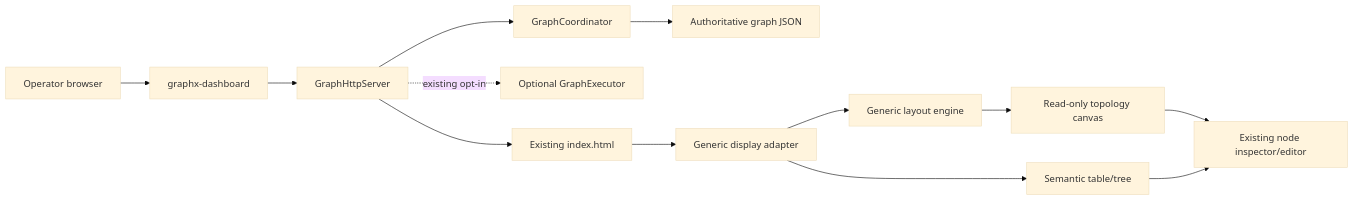
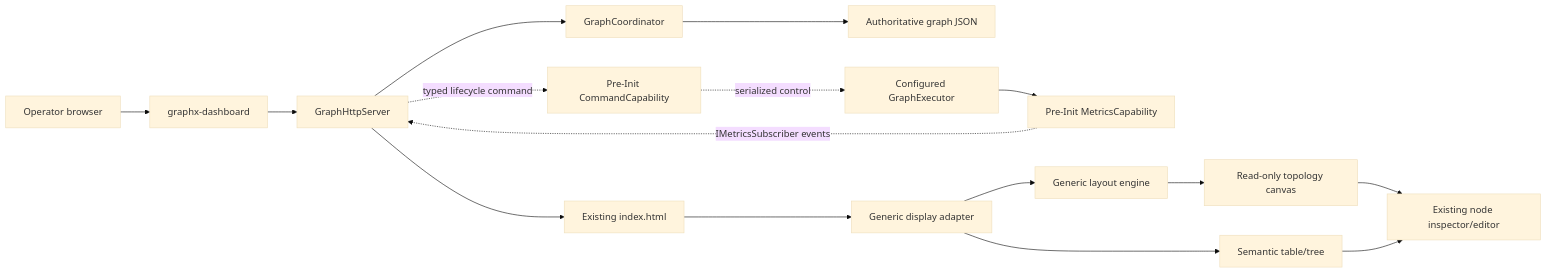
One commit to rklinkhammer/GraphX changed the diagram in plan/GRAPHX_GENERIC_GRAPHICAL_DASHBOARD_PLAN.md. Above: the diagram before and after it, drawn with Mermaid (base theme). The commit also changed other lines of this file and 65 other files, not shown here.

````diff
--- a/plan/GRAPHX_GENERIC_GRAPHICAL_DASHBOARD_PLAN.md
+++ b/plan/GRAPHX_GENERIC_GRAPHICAL_DASHBOARD_PLAN.md
@@ -72,28 +86,33 @@
 ```mermaid
 flowchart LR
   Browser["Operator browser"]
   Launcher["graphx-dashboard"]
   Server["GraphHttpServer"]
   Coordinator["GraphCoordinator"]
   Document["Authoritative graph JSON"]
-  Executor["Optional GraphExecutor"]
+  Executor["Configured GraphExecutor"]
+  Commands["Pre-Init CommandCapability"]
+  Metrics["Pre-Init MetricsCapability"]
   Entry["Existing index.html"]
   Adapter["Generic display adapter"]
   Layout["Generic layout engine"]
   Canvas["Read-only topology canvas"]
   Inspector["Existing node inspector/editor"]
   Semantic["Semantic table/tree"]
 
   Browser --> Launcher
   Launcher --> Server
   Server --> Coordinator
   Coordinator --> Document
-  Server -. "existing opt-in" .-> Executor
+  Server -. "typed lifecycle command" .-> Commands
+  Commands -. "serialized control" .-> Executor
+  Executor --> Metrics
+  Metrics -. "IMetricsSubscriber events" .-> Server
   Server --> Entry
   Entry --> Adapter
   Adapter --> Layout
   Layout --> Canvas
   Adapter --> Semantic
   Canvas --> Inspector
   Semantic --> Inspector
 ```
````
